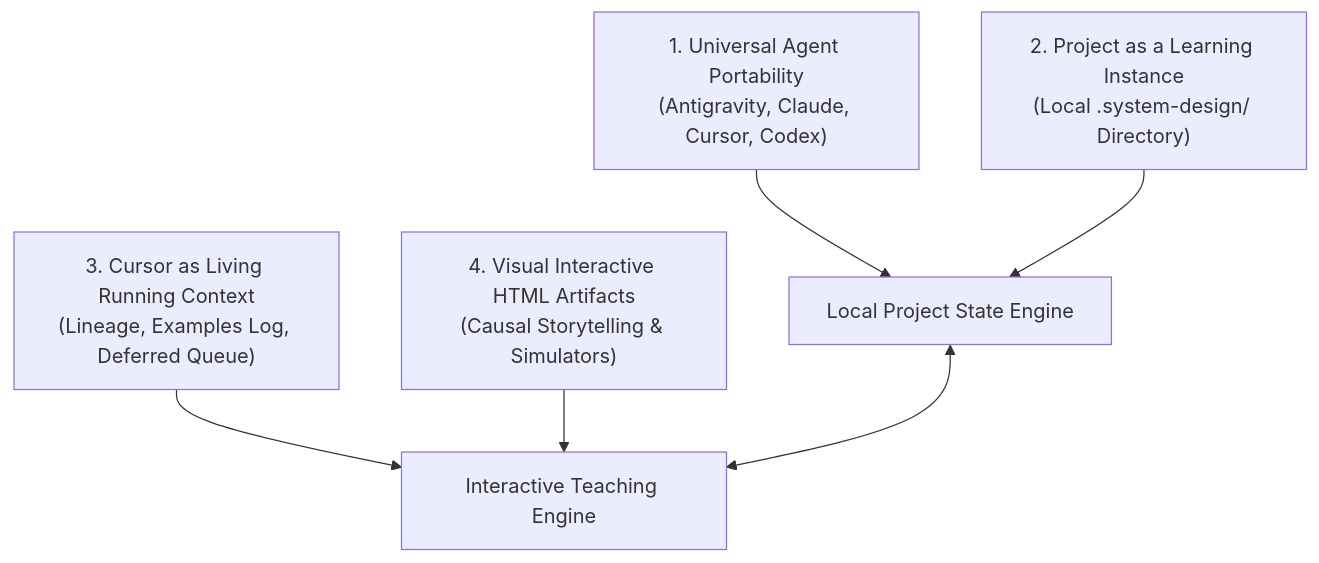
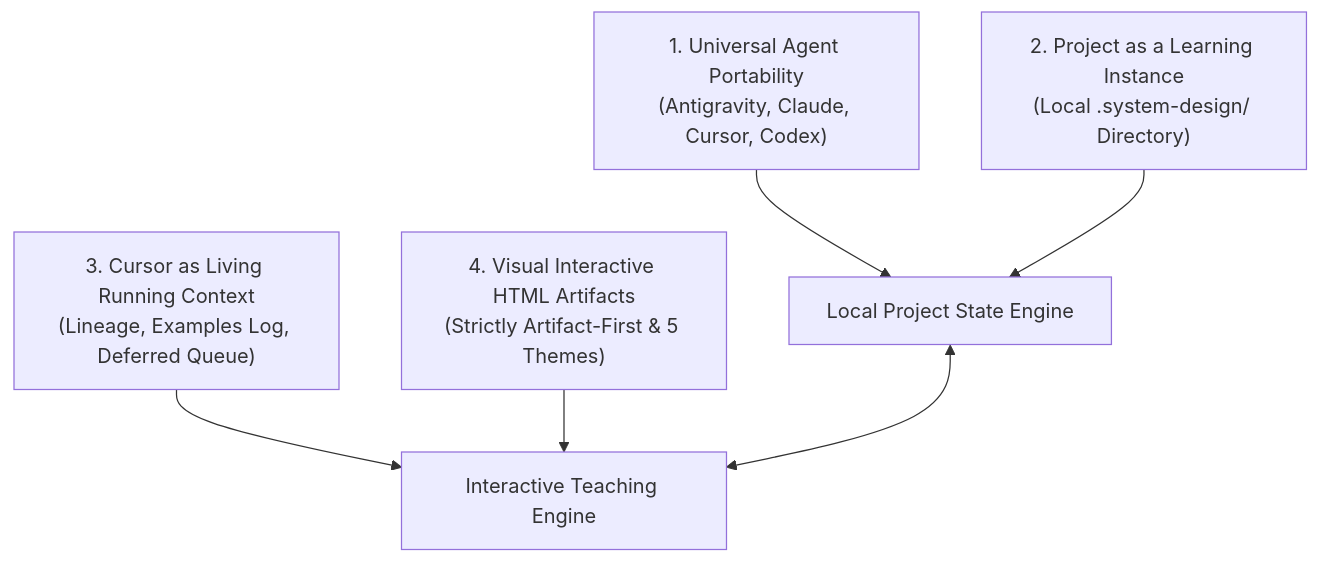
One commit to alph-a07/system-design-studio changed the diagram in skills/system-design-studio/SKILL.md. Above: the diagram before and after it, drawn with Mermaid. The commit also changed other lines of this file and 13 other files, not shown here.

Commit message:
feat(pedagogy): enforce strictly artifact-first topic delivery, add 5 visual themes, and settings.json

````diff
--- a/skills/system-design-studio/SKILL.md
+++ b/skills/system-design-studio/SKILL.md
@@ -33,9 +34,9 @@
 ```mermaid
 flowchart TD
     P1["1. Universal Agent Portability<br/>(Antigravity, Claude, Cursor, Codex)"] --> SYNC["Local Project State Engine"]
     P2["2. Project as a Learning Instance<br/>(Local .system-design/ Directory)"] --> SYNC
     P3["3. Cursor as Living Running Context<br/>(Lineage, Examples Log, Deferred Queue)"] --> TEACHING["Interactive Teaching Engine"]
-    P4["4. Visual Interactive HTML Artifacts<br/>(Causal Storytelling & Simulators)"] --> TEACHING
+    P4["4. Visual Interactive HTML Artifacts<br/>(Strictly Artifact-First & 5 Themes)"] --> TEACHING
 
     SYNC <--> TEACHING
 ```
````
